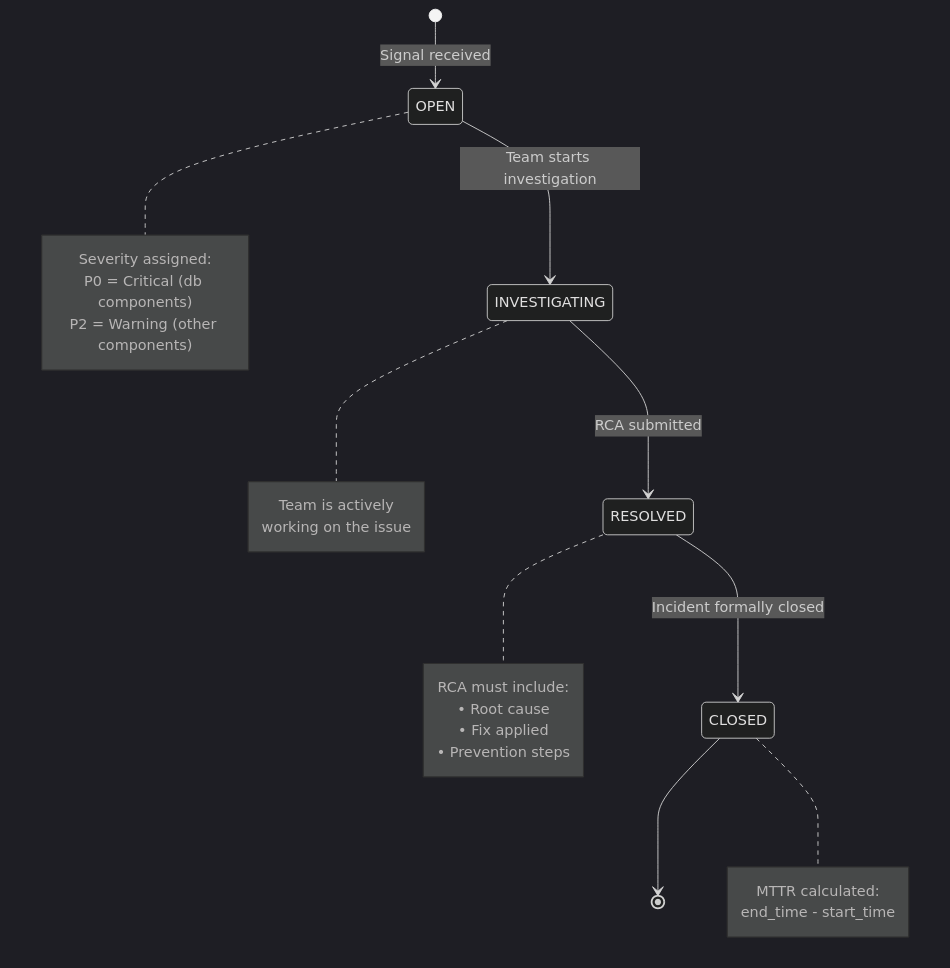
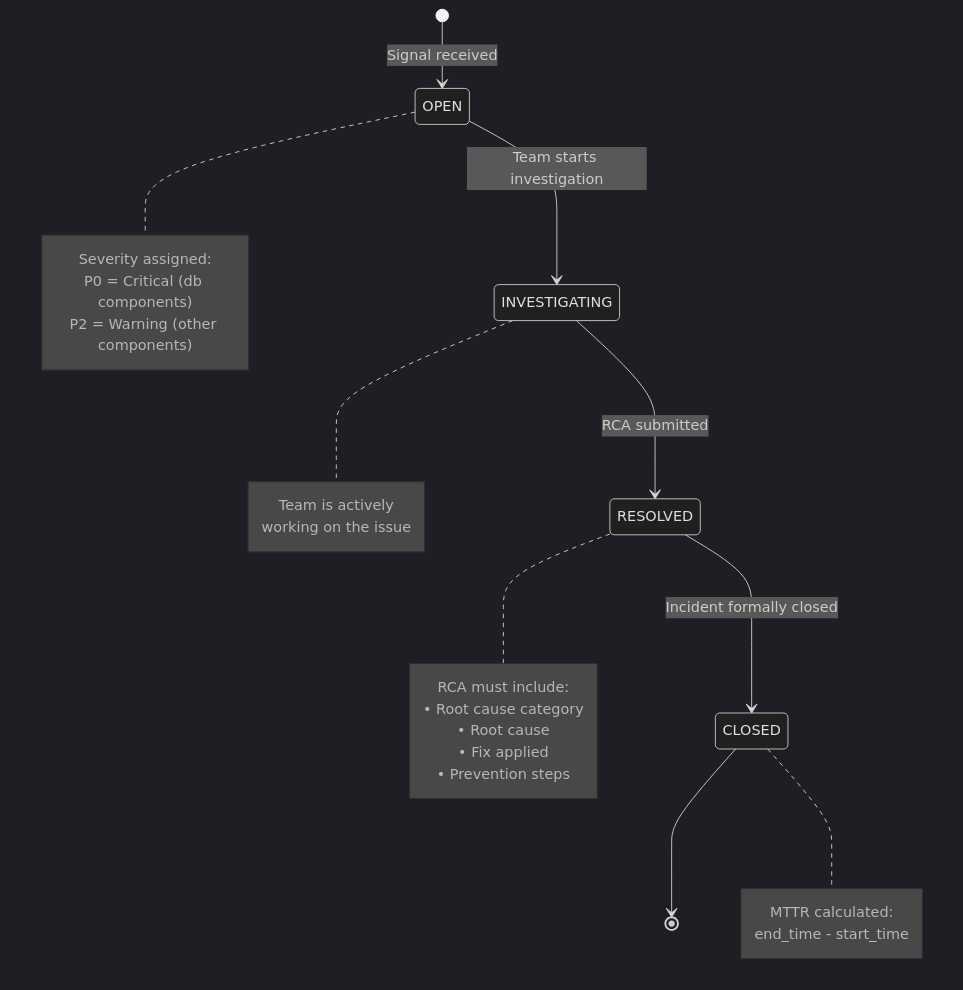
One commit to ManishKudtarkar/incident-management changed the fourth of 8 diagrams in README.md. Above: the diagram before and after it, drawn with Mermaid (dark theme). The commit also changed other lines of this file and 10 other files, not shown here.

Commit message:
Fix RCA close flow and update docs

````diff
--- a/README.md
+++ b/README.md
@@ -158,31 +159,32 @@
 ```mermaid
 stateDiagram-v2
     [*] --> OPEN : Signal received
     OPEN --> INVESTIGATING : Team starts investigation
     INVESTIGATING --> RESOLVED : RCA submitted
     RESOLVED --> CLOSED : Incident formally closed
     CLOSED --> [*]
 
     note right of OPEN
         Severity assigned:
         P0 = Critical (db components)
         P2 = Warning (other components)
     end note
 
     note right of INVESTIGATING
         Team is actively
         working on the issue
     end note
 
     note right of RESOLVED
         RCA must include:
+        • Root cause category
         • Root cause
         • Fix applied
         • Prevention steps
     end note
 
     note right of CLOSED
         MTTR calculated:
         end_time - start_time
     end note
 ```
````
